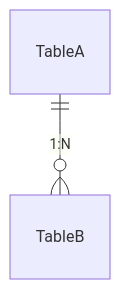
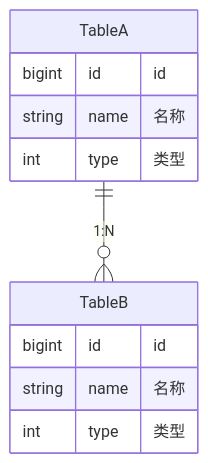
One commit to oleewen/ai-master changed the seventh of 7 diagrams in .cursor/rules/design/design-template.mdc. Above: the diagram before and after it, drawn with Mermaid. The commit also changed other lines of this file and 6 other files, not shown here.

````diff
--- a/.cursor/rules/design/design-template.mdc
+++ b/.cursor/rules/design/design-template.mdc
@@ -168,4 +169,16 @@
 ```mermaid
 erDiagram
     TableA ||--o{ TableB : "1:N"
+
+    TableA {
+        bigint id "id"
+        string name "名称"
+        int type "类型"    
+    }
+
+    TableB {
+        bigint id "id"
+        string name "名称"
+        int type "类型"    
+    }
 ```
````
